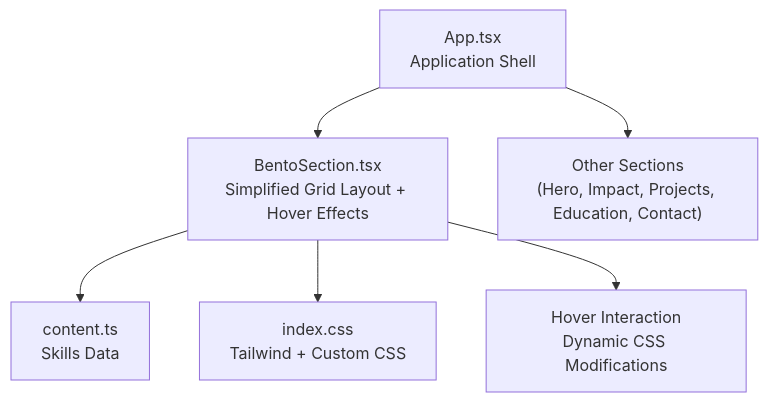
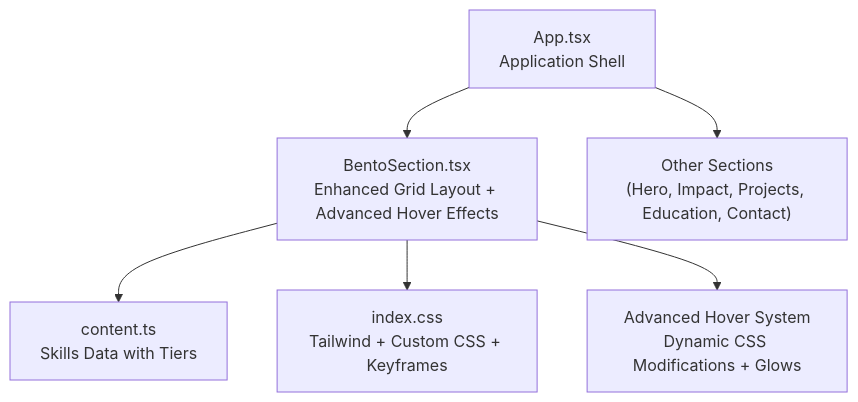
Before and after one commit to subash7781/Portfolio: the first of 4 diagrams in .qoder/repowiki/en/content/Component Library & UI Elements/BentoSection Component.md, drawn with Mermaid. The commit also changed other lines of this file and 7 other files, not shown here.

````diff
--- a/.qoder/repowiki/en/content/Component Library & UI Elements/BentoSection Component.md
+++ b/.qoder/repowiki/en/content/Component Library & UI Elements/BentoSection Component.md
@@ -39,8 +39,8 @@
 ```mermaid
 graph TB
-App["App.tsx<br/>Application Shell"] --> Bento["BentoSection.tsx<br/>Simplified Grid Layout + Hover Effects"]
-Bento --> Content["content.ts<br/>Skills Data"]
-Bento --> Styles["index.css<br/>Tailwind + Custom CSS"]
-Bento --> HoverEffects["Hover Interaction<br/>Dynamic CSS Modifications"]
+App["App.tsx<br/>Application Shell"] --> Bento["BentoSection.tsx<br/>Enhanced Grid Layout + Advanced Hover Effects"]
+Bento --> Content["content.ts<br/>Skills Data with Tiers"]
+Bento --> Styles["index.css<br/>Tailwind + Custom CSS + Keyframes"]
+Bento --> HoverEffects["Advanced Hover System<br/>Dynamic CSS Modifications + Glows"]
 App --> OtherSections["Other Sections<br/>(Hero, Impact, Projects, Education, Contact)"]
 ```
````
